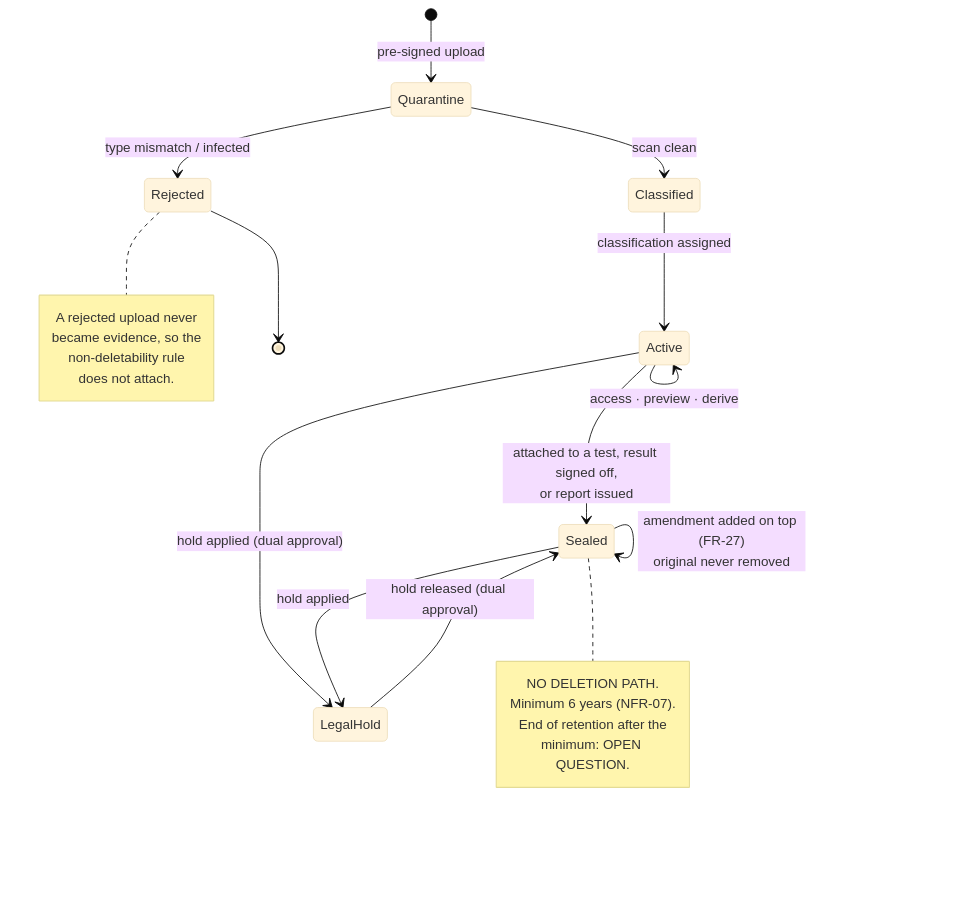
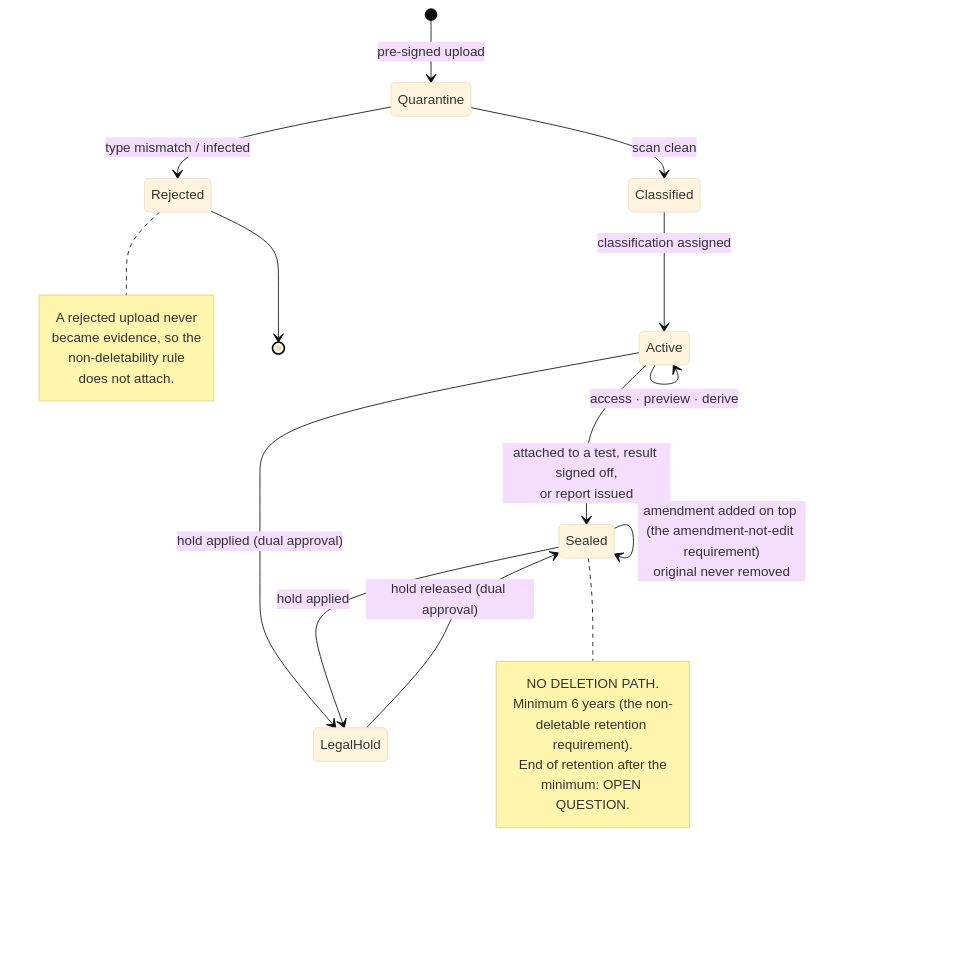
One commit to sayone-tech/Compliance_iq_backend changed the tenth of 11 diagrams in docs/research/Data And Document Security/architecture-diagrams.md. Above: the diagram before and after it, drawn with Mermaid (base theme). The commit also changed other lines of this file and 39 other files, not shown here.

````diff
--- a/docs/research/Data And Document Security/architecture-diagrams.md
+++ b/docs/research/Data And Document Security/architecture-diagrams.md
@@ -301,27 +301,27 @@
 ```mermaid
 stateDiagram-v2
     [*] --> Quarantine: pre-signed upload
     Quarantine --> Rejected: type mismatch / infected
     Quarantine --> Classified: scan clean
     Classified --> Active: classification assigned
     Active --> Active: access · preview · derive
     Active --> Sealed: attached to a test, result signed off,<br/>or report issued
-    Sealed --> Sealed: amendment added on top (FR-27)<br/>original never removed
+    Sealed --> Sealed: amendment added on top (the amendment-not-edit requirement)<br/>original never removed
     Active --> LegalHold: hold applied (dual approval)
     Sealed --> LegalHold: hold applied
     LegalHold --> Sealed: hold released (dual approval)
     Rejected --> [*]
 
     note right of Sealed
         NO DELETION PATH.
-        Minimum 6 years (NFR-07).
+        Minimum 6 years (the non-deletable retention requirement).
         End of retention after the
         minimum: OPEN QUESTION.
     end note
     note right of Rejected
         A rejected upload never
         became evidence, so the
         non-deletability rule
         does not attach.
     end note
 ```
````
